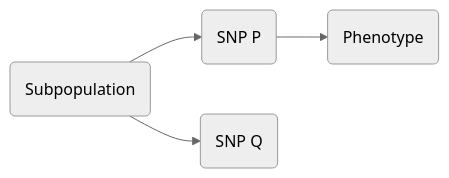
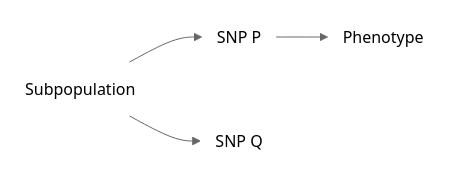
One commit to trafalmadorian97/mecfs_bioinformatics changed the fifth of 6 diagrams in docs/Bioinformatics_Concepts/Population_Stratification.md. Above: the diagram before and after it, drawn with Mermaid (neutral theme). The commit also changed other lines of this file, not shown here.

````diff
--- a/docs/Bioinformatics_Concepts/Population_Stratification.md
+++ b/docs/Bioinformatics_Concepts/Population_Stratification.md
@@ -70,6 +87,11 @@
 ``` mermaid
 graph LR
 C(Subpopulation) --> A(SNP P);
 C --> B(SNP Q);
 A --> D(Phenotype)
+
+
+classDef normal fill:transparent,stroke:transparent;
+classDef conditioned fill:transparent,stroke:#444,stroke-width:2px;
+class A,B,C,D normal;
 ```
````
